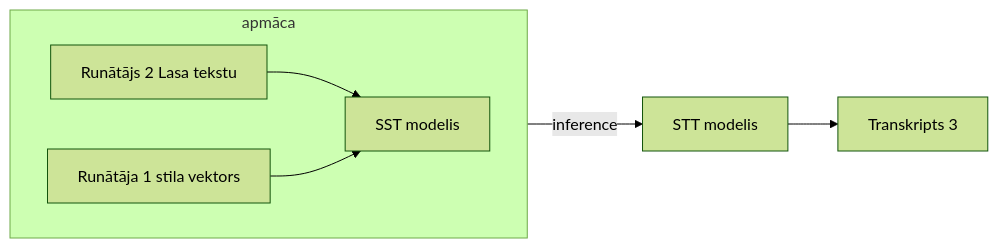
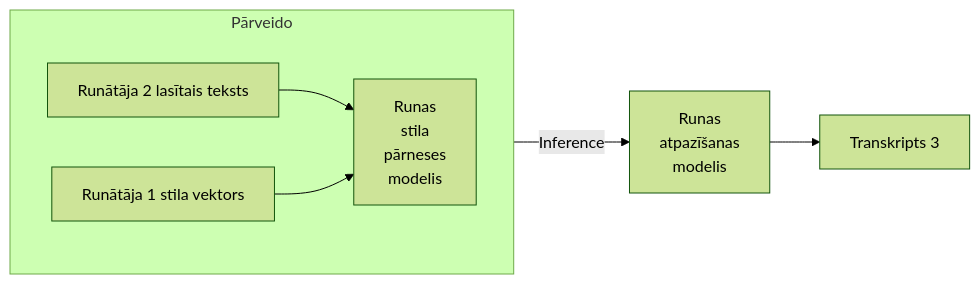
The second of 2 diagrams in praktiskas_dalas_plans.md (Betija13/Bakalaura_darbs_kods), drawn with Mermaid (forest theme) before and after one commit. The commit also changed other lines of this file and 13 other files, not shown here.

````diff
--- a/praktiskas_dalas_plans.md
+++ b/praktiskas_dalas_plans.md
@@ -16,13 +20,20 @@
 ```mermaid
 flowchart LR
-    subgraph zid[apmāca]
+    subgraph zid[Pārveido]
     direction LR
-    id2[Runātājs 2 Lasa tekstu] --> id3[SST modelis]
+    id2[Runātāja 2 lasītais teksts] --> id3["Runas 
+    stila
+    pārneses 
+    modelis"]
     id0[Runātāja 1 stila vektors] --> id3
     end
     
-    id3 -- inference --> id5[STT modelis] 
+    id3 -- Inference --> id5["Runas 
+    atpazīšanas 
+    modelis"] 
     
-    id5[STT modelis] --> id4[Transkripts 3]
+    id5["Runas 
+    atpazīšanas 
+    modelis"] --> id4[Transkripts 3]
     
 ```
````
